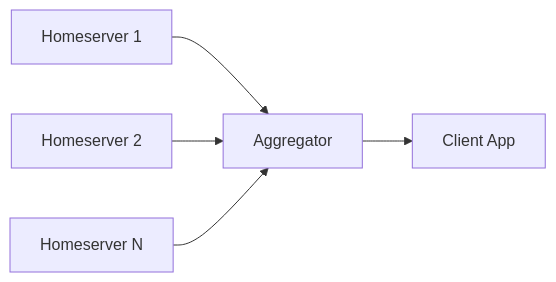
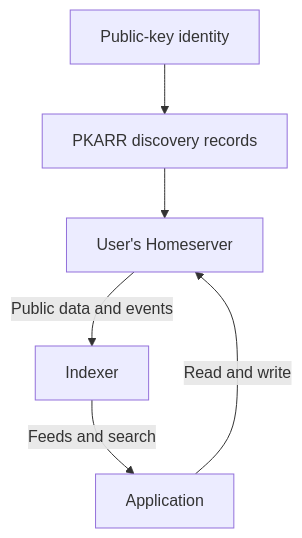
Before and after one commit to pubky/pubky-knowledge-base-v2: the diagram in src/content/docs/architecture.md, drawn with Mermaid. The commit also changed other lines of this file and 93 other files, not shown here.

````diff
--- a/src/content/docs/architecture.md
+++ b/src/content/docs/architecture.md
@@ -158,7 +7,8 @@
 ```mermaid
-flowchart LR
-    HS1[Homeserver 1] --> Agg[Aggregator]
-    HS2[Homeserver 2] --> Agg
-    HS3[Homeserver N] --> Agg
-    Agg --> Client[Client App]
+flowchart TD
+    Key[Public-key identity] --> Records[PKARR discovery records]
+    Records --> HS[User's Homeserver]
+    App[Application] -->|Read and write| HS
+    HS -->|Public data and events| Nexus[Indexer]
+    Nexus -->|Feeds and search| App
 ```
````
